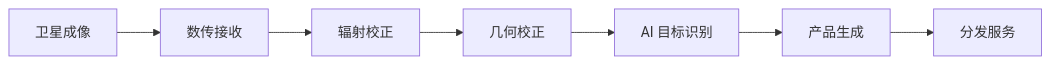
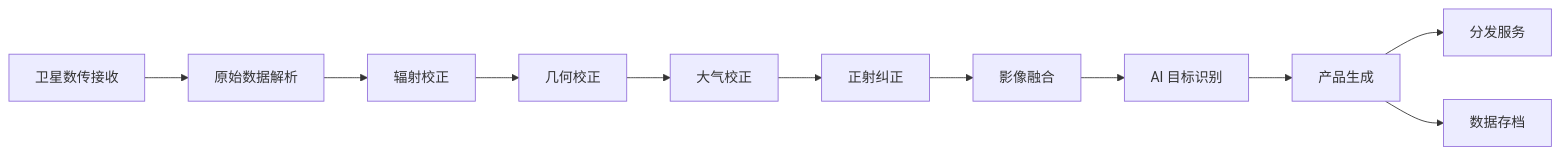
The third of 4 diagrams in topic-application-architecture/66-space-internet.md (kudig-io/kudig-database), drawn with Mermaid before and after one commit. The commit also changed other lines of this file and 8633 other files, not shown here.

````diff
--- a/topic-application-architecture/66-space-internet.md
+++ b/topic-application-architecture/66-space-internet.md
@@ -130,9 +217,13 @@
 ```mermaid
 flowchart LR
-    A[卫星成像] --> B[数传接收]
+    A[卫星数传接收] --> B[原始数据解析]
     B --> C[辐射校正]
     C --> D[几何校正]
-    D --> E[AI 目标识别]
-    E --> F[产品生成]
-    F --> G[分发服务]
+    D --> E[大气校正]
+    E --> F[正射纠正]
+    F --> G[影像融合]
+    G --> H[AI 目标识别]
+    H --> I[产品生成]
+    I --> J[分发服务]
+    I --> K[数据存档]
 ```
````
